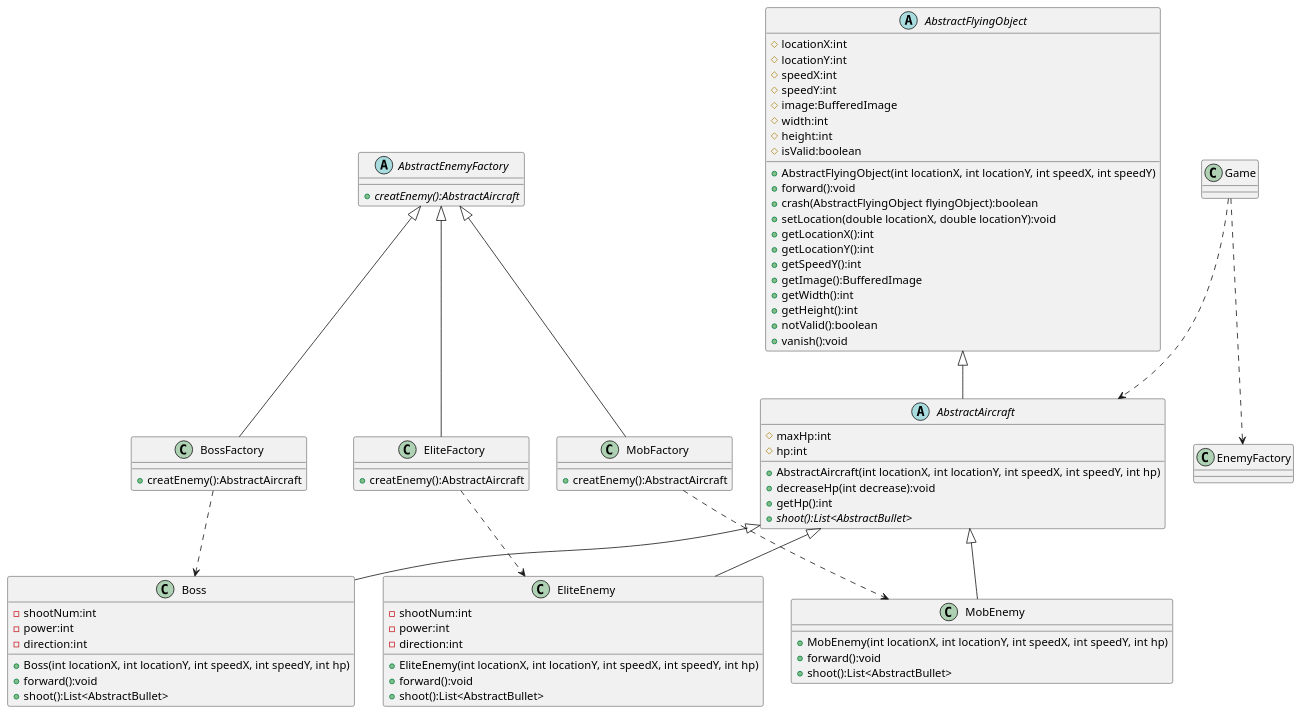
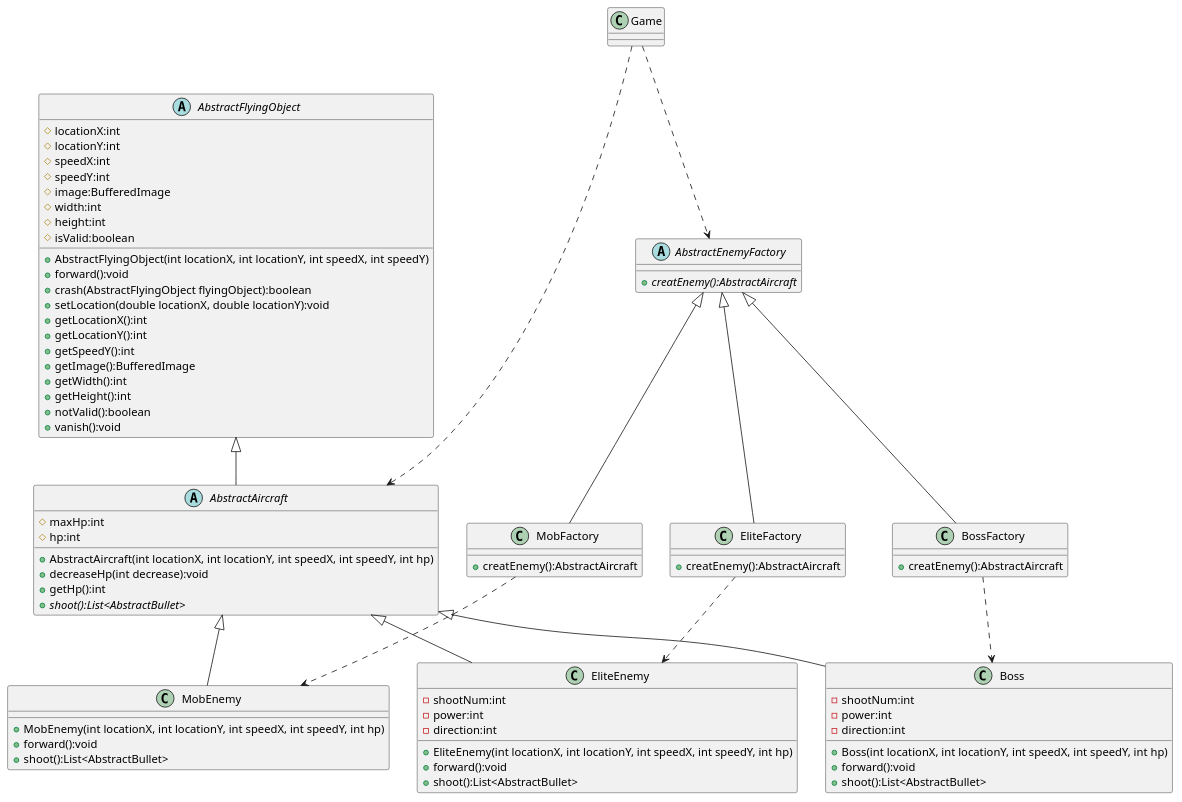
The diagram in uml/EnemyFactory.puml (Straho-Chen/AircraftWar-base), drawn with PlantUML before and after one commit. The commit also changed 29 other files, not shown here.

```diff
--- a/uml/EnemyFactory.puml
+++ b/uml/EnemyFactory.puml
@@ -1,99 +1,99 @@
 @startuml
 'https://plantuml.com/class-diagram
 
 abstract class AbstractEnemyFactory {
     + {abstract} creatEnemy():AbstractAircraft
 }
 
 class MobFactory {
     + creatEnemy():AbstractAircraft
 }
 
 class EliteFactory {
     + creatEnemy():AbstractAircraft
 }
 
 class BossFactory {
     + creatEnemy():AbstractAircraft
 }
 
 class Game {
 }
 
 abstract class AbstractFlyingObject
 {
     # locationX:int
     # locationY:int
     # speedX:int
     # speedY:int
     # image:BufferedImage
     # width:int
     # height:int
     # isValid:boolean
 
     + AbstractFlyingObject(int locationX, int locationY, int speedX, int speedY)
     + forward():void
     + crash(AbstractFlyingObject flyingObject):boolean
     + setLocation(double locationX, double locationY):void
     + getLocationX():int
     + getLocationY():int
     + getSpeedY():int
     + getImage():BufferedImage
     + getWidth():int
     + getHeight():int
     + notValid():boolean
     + vanish():void
 }
 
 abstract class AbstractAircraft
 {
 	# maxHp:int
     # hp:int
     + AbstractAircraft(int locationX, int locationY, int speedX, int speedY, int hp)
     + decreaseHp(int decrease):void
     + getHp():int
     + {abstract} shoot():List<AbstractBullet>
 }
 
 class MobEnemy {
     + MobEnemy(int locationX, int locationY, int speedX, int speedY, int hp)
     + forward():void
     + shoot():List<AbstractBullet>
 }
 
 class EliteEnemy {
     - shootNum:int
     - power:int
     - direction:int
     + EliteEnemy(int locationX, int locationY, int speedX, int speedY, int hp)
     + forward():void
     + shoot():List<AbstractBullet>
 }
 
 class Boss {
     - shootNum:int
     - power:int
     - direction:int
     + Boss(int locationX, int locationY, int speedX, int speedY, int hp)
     + forward():void
     + shoot():List<AbstractBullet>
 }
 
 AbstractFlyingObject <|-- AbstractAircraft
 
 AbstractAircraft <|-- MobEnemy
 AbstractAircraft <|-- EliteEnemy
 AbstractAircraft <|-- Boss
 
 AbstractEnemyFactory <|-- MobFactory
 AbstractEnemyFactory <|-- EliteFactory
 AbstractEnemyFactory <|-- BossFactory
 
-Game ..> EnemyFactory
+Game ..> AbstractEnemyFactory
 Game ..> AbstractAircraft
 
 MobFactory ..> MobEnemy
 EliteFactory ..> EliteEnemy
 BossFactory ..> Boss
 
 @enduml
```
